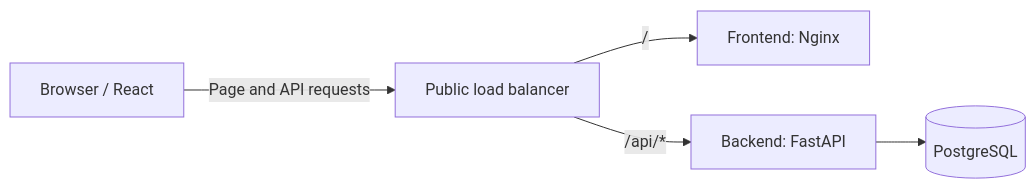
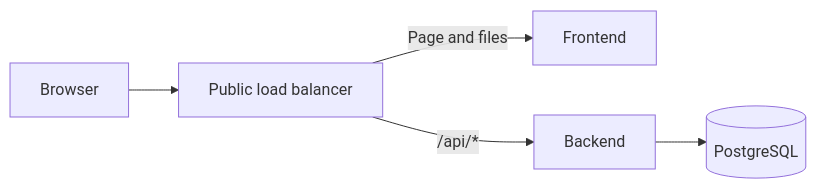
The diagram in README.md (rohitraut3366/Idea-Board), drawn with Mermaid before and after one commit. The commit also changed other lines of this file, not shown here.

````diff
--- a/README.md
+++ b/README.md
@@ -9,7 +28,7 @@
 ```mermaid
 flowchart LR
-    Browser[Browser / React] -->|Page and API requests| LB[Public load balancer]
-    LB -->|/| Web[Frontend: Nginx]
-    LB -->|/api/*| API[Backend: FastAPI]
+    Browser[Browser] --> LB[Public load balancer]
+    LB -->|Page and files| Web[Frontend]
+    LB -->|/api/*| API[Backend]
     API --> DB[(PostgreSQL)]
 ```
````
